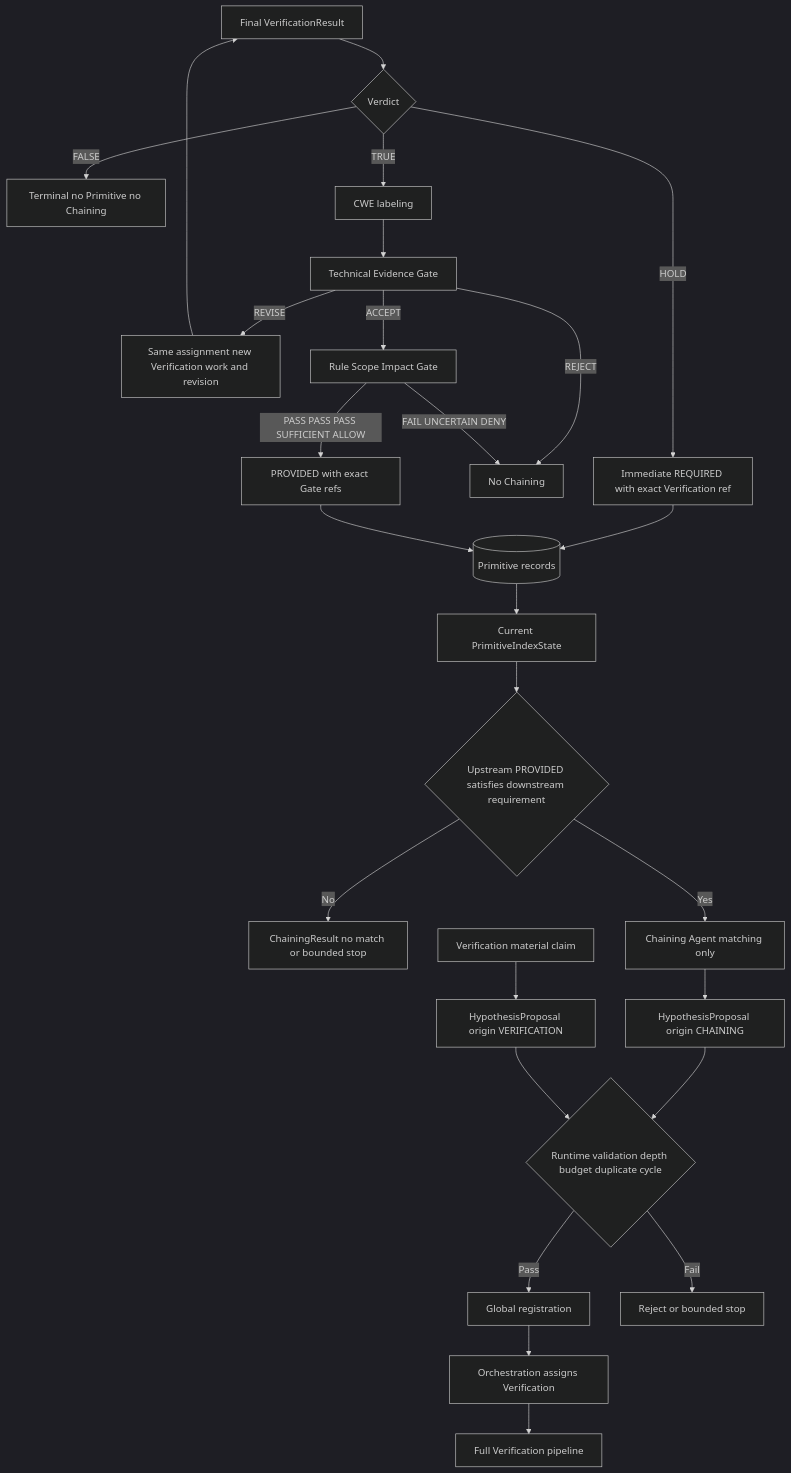
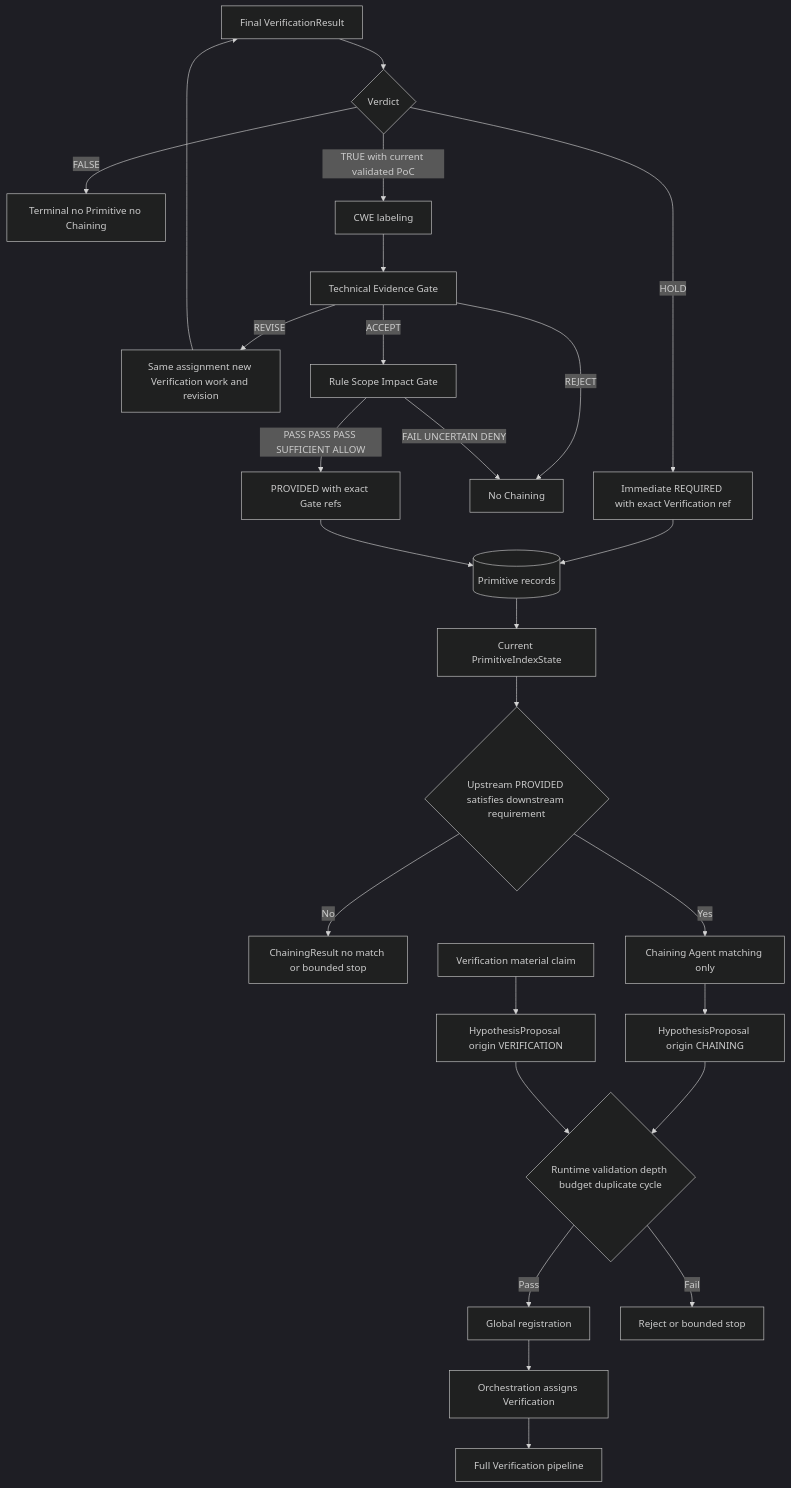
One commit to SASTsimi/sastsimi changed the fifth of 13 diagrams in docs/architecture-v5/13-architecture-diagrams.md. Above: the diagram before and after it, drawn with Mermaid (dark theme). The commit also changed other lines of this file and 33 other files, not shown here.

Commit message:
docs: require validated PoC for every true verdict

````diff
--- a/docs/architecture-v5/13-architecture-diagrams.md
+++ b/docs/architecture-v5/13-architecture-diagrams.md
@@ -191,28 +198,28 @@
 ```mermaid
 flowchart TB
     VR[Final VerificationResult] --> KIND{Verdict}
     KIND -->|FALSE| CLOSED[Terminal no Primitive no Chaining]
     KIND -->|HOLD| REQUIRED[Immediate REQUIRED with exact Verification ref]
-    KIND -->|TRUE| CWE[CWE labeling]
+    KIND -->|TRUE with current validated PoC| CWE[CWE labeling]
     CWE --> TECH[Technical Evidence Gate]
     TECH -->|REVISE| SAME[Same assignment new Verification work and revision]
     SAME --> VR
     TECH -->|REJECT| NOCHAIN[No Chaining]
     TECH -->|ACCEPT| RULE[Rule Scope Impact Gate]
     RULE -->|FAIL UNCERTAIN DENY| NOCHAIN
     RULE -->|PASS PASS PASS SUFFICIENT ALLOW| PROVIDED[PROVIDED with exact Gate refs]
     REQUIRED --> PDB[(Primitive records)]
     PROVIDED --> PDB
     PDB --> INDEX[Current PrimitiveIndexState]
     INDEX --> MATCH{Upstream PROVIDED satisfies downstream requirement}
     MATCH -->|No| RECORD[ChainingResult no match or bounded stop]
     MATCH -->|Yes| CHAIN[Chaining Agent matching only]
     CHAIN --> NEW[HypothesisProposal origin CHAINING]
     NEW --> LIMIT{Runtime validation depth budget duplicate cycle}
     LIMIT -->|Pass| REGISTER[Global registration]
     LIMIT -->|Fail| STOP[Reject or bounded stop]
     REGISTER --> ORCH[Orchestration assigns Verification]
     ORCH --> VERIFY[Full Verification pipeline]
     VMAT[Verification material claim] --> VNEW[HypothesisProposal origin VERIFICATION]
     VNEW --> LIMIT
 ```
````
